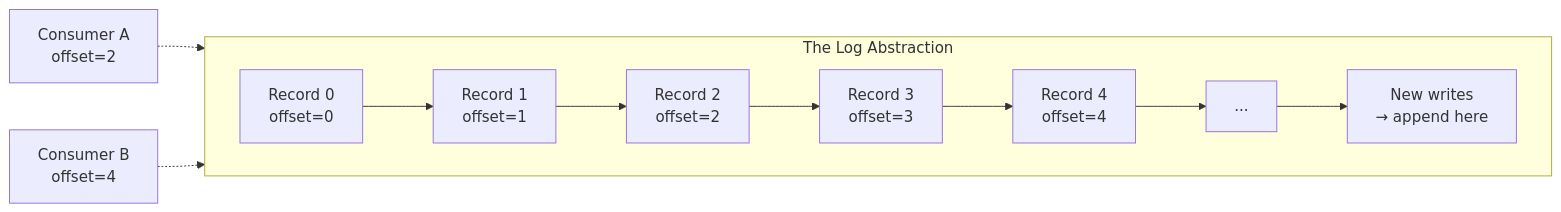
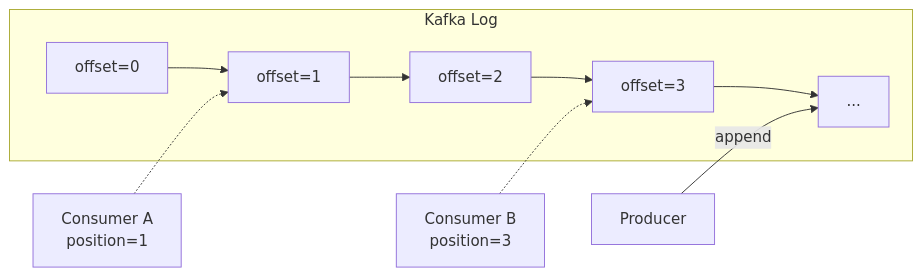
Before and after one commit to ae-lexs/system_design: the first of 8 diagrams in DD_KAFKA_ARCHITECTURE.md, drawn with Mermaid. The commit also changed other lines of this file and 23 other files, not shown here.

````diff
--- a/DD_KAFKA_ARCHITECTURE.md
+++ b/DD_KAFKA_ARCHITECTURE.md
@@ -48,18 +33,10 @@
 ```mermaid
 flowchart LR
-    subgraph "The Log Abstraction"
-        direction LR
-        R0["Record 0<br/>offset=0"]
-        R1["Record 1<br/>offset=1"]
-        R2["Record 2<br/>offset=2"]
-        R3["Record 3<br/>offset=3"]
-        R4["Record 4<br/>offset=4"]
-        FUTURE["..."]
-        WRITE["New writes<br/>→ append here"]
-
-        R0 --> R1 --> R2 --> R3 --> R4 --> FUTURE --> WRITE
+    subgraph "Kafka Log"
+        R0["offset=0"] --> R1["offset=1"] --> R2["offset=2"] --> R3["offset=3"] --> R4["..."]
     end
 
-    READER1["Consumer A<br/>offset=2"] -.-> R2
-    READER2["Consumer B<br/>offset=4"] -.-> R4
+    PRODUCER["Producer"] -->|"append"| R4
+    CONSUMER_A["Consumer A<br/>position=1"] -.-> R1
+    CONSUMER_B["Consumer B<br/>position=3"] -.-> R3
 ```
````
